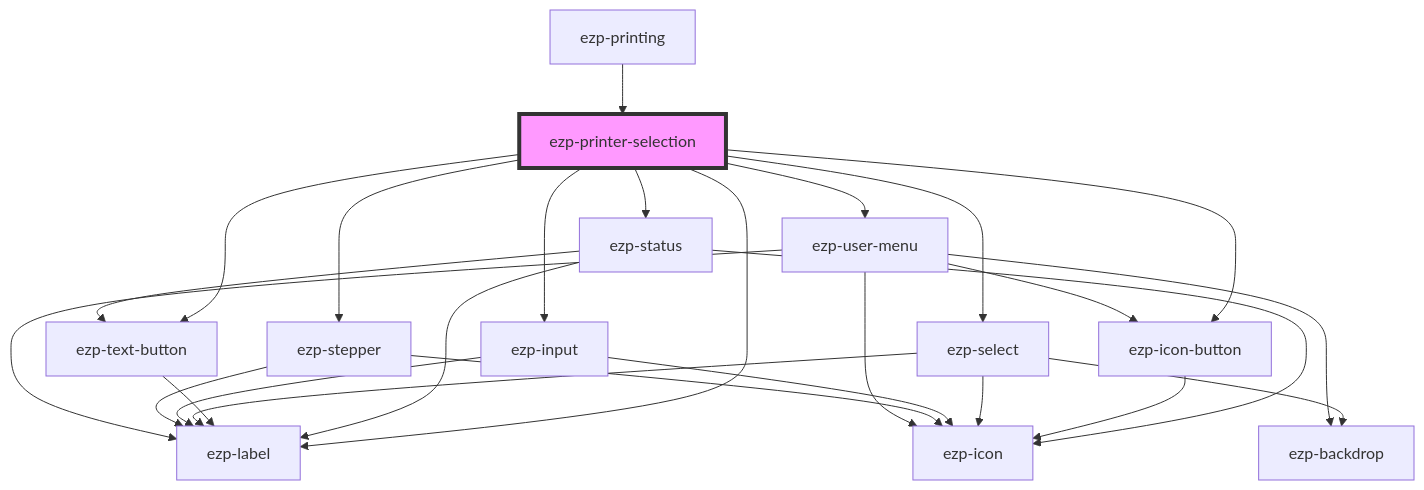
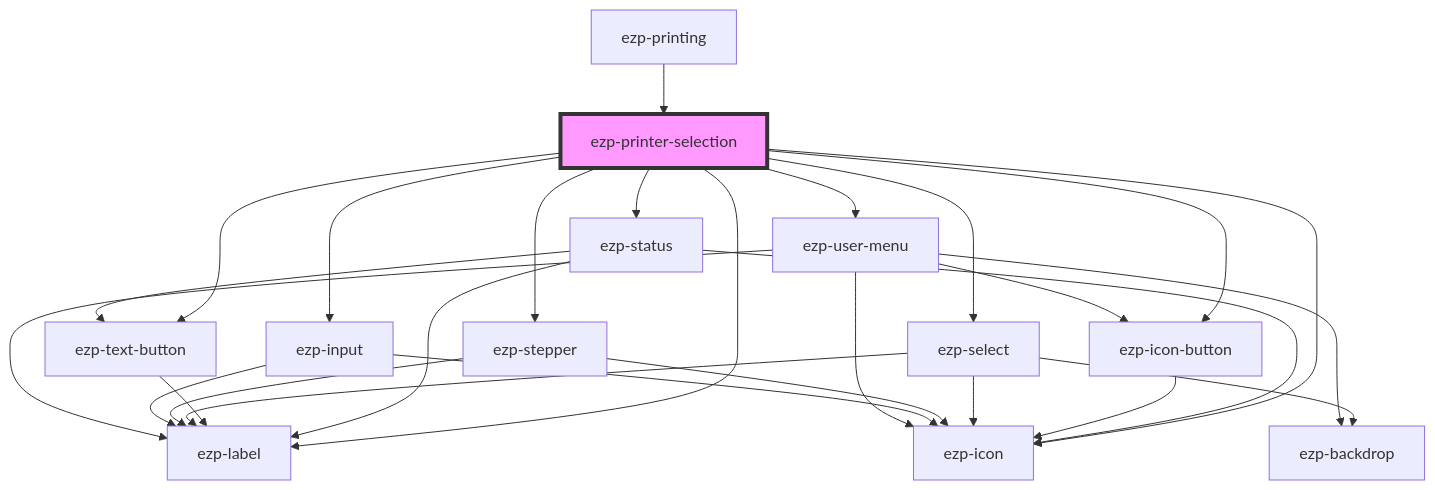
The diagram in src/components/ezp-printer-selection/readme.md (ezeep/ezeep-js), drawn with Mermaid before and after one commit. The commit also changed other lines of this file and 33 other files, not shown here.

First line of the commit message:
feat(ui): redesign print flow (Print Now upload + Drucken options)

````diff
--- a/src/components/ezp-printer-selection/readme.md
+++ b/src/components/ezp-printer-selection/readme.md
@@ -49,29 +50,30 @@
 ```mermaid
 graph TD;
   ezp-printer-selection --> ezp-status
   ezp-printer-selection --> ezp-label
   ezp-printer-selection --> ezp-icon-button
+  ezp-printer-selection --> ezp-icon
   ezp-printer-selection --> ezp-select
+  ezp-printer-selection --> ezp-stepper
   ezp-printer-selection --> ezp-input
-  ezp-printer-selection --> ezp-stepper
   ezp-printer-selection --> ezp-text-button
   ezp-printer-selection --> ezp-user-menu
   ezp-status --> ezp-icon
   ezp-status --> ezp-label
   ezp-status --> ezp-text-button
   ezp-text-button --> ezp-label
   ezp-icon-button --> ezp-icon
   ezp-select --> ezp-backdrop
   ezp-select --> ezp-icon
   ezp-select --> ezp-label
+  ezp-stepper --> ezp-icon
+  ezp-stepper --> ezp-label
   ezp-input --> ezp-icon
   ezp-input --> ezp-label
-  ezp-stepper --> ezp-icon
-  ezp-stepper --> ezp-label
   ezp-user-menu --> ezp-backdrop
   ezp-user-menu --> ezp-label
   ezp-user-menu --> ezp-icon-button
   ezp-user-menu --> ezp-icon
   ezp-printing --> ezp-printer-selection
   style ezp-printer-selection fill:#f9f,stroke:#333,stroke-width:4px
 ```
````
